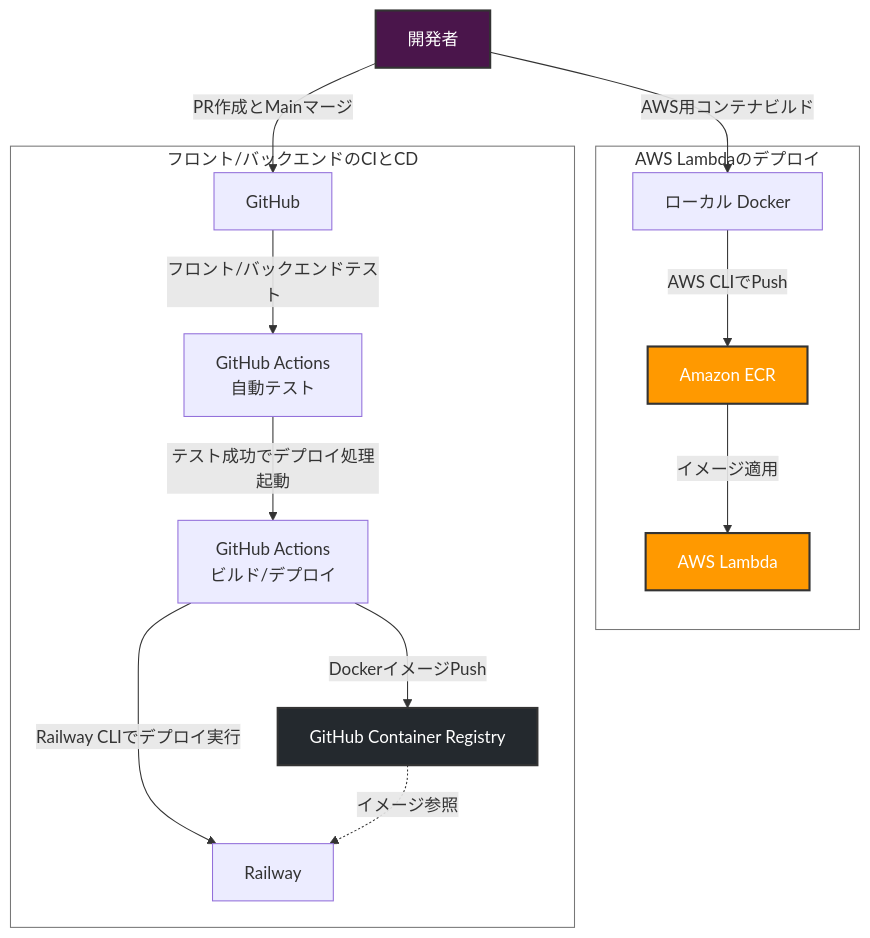
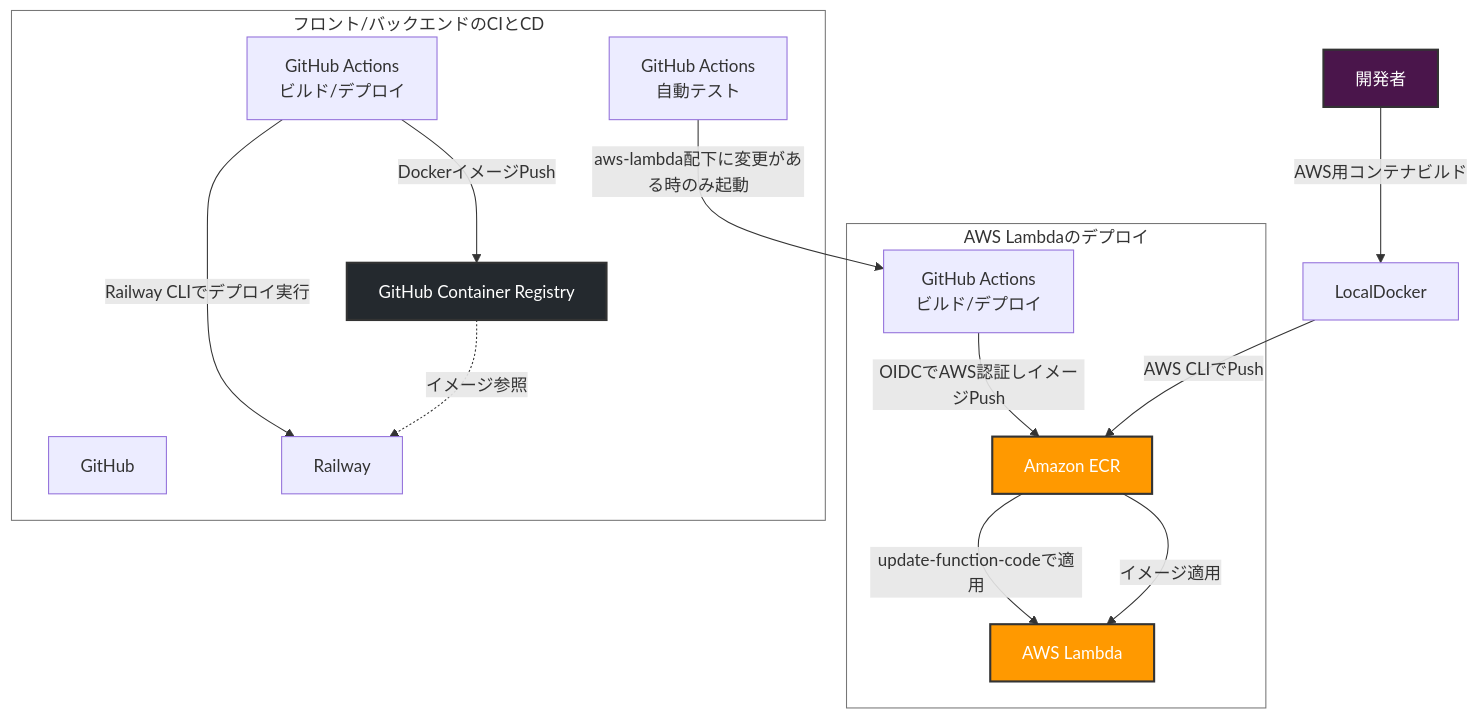
One commit to masa2401/FullStack-CreateSkillSheet changed the first of 2 diagrams in README.md. Above: the diagram before and after it, drawn with Mermaid. The commit also changed other lines of this file and 2 other files, not shown here.

Commit message:
deploy方式変更 (#47)

````diff
--- a/README.md
+++ b/README.md
@@ -59,38 +59,38 @@
 ```mermaid
 %%{init: {"themeVariables": {"clusterBkg": "transparent", "clusterBorder": "#777"}}}%%
 graph TD
     Developer[開発者]
 
     subgraph LambdaDeploy [AWS Lambdaのデプロイ]
-        LocalDocker[ローカル Docker]
+        GHALambda[GitHub Actions<br>ビルド/デプロイ]
         ECR[Amazon ECR]
         Lambda[AWS Lambda]
     end
 
     subgraph AppDeploy [フロント/バックエンドのCIとCD]
         GitHub[GitHub]
         GHATest[GitHub Actions<br>自動テスト]
         GHADeploy[GitHub Actions<br>ビルド/デプロイ]
         GHCR[GitHub Container Registry]
         Railway[Railway]
     end
 
     %% アプリ本体のデプロイフロー
-    Developer -->|PR作成とMainマージ| GitHub
-    GitHub -->|フロント/バックエンドテスト| GHATest
-    GHATest -->|テスト成功でデプロイ処理起動| GHADeploy
+    GHATest -->|aws-lambda配下に変更がある時のみ起動| GHALambda
+    GHALambda -->|OIDCでAWS認証しイメージPush| ECR
+    ECR -->|update-function-codeで適用| Lambda
     GHADeploy -->|DockerイメージPush| GHCR
     GHADeploy -->|Railway CLIでデプロイ実行| Railway
     GHCR -.->|イメージ参照| Railway
 
     %% AWS Lambdaのデプロイフロー
     Developer -->|AWS用コンテナビルド| LocalDocker
     LocalDocker -->|AWS CLIでPush| ECR
     ECR -->|イメージ適用| Lambda
 
     %% スタイルの設定
     style Developer fill:#4A154B,stroke:#333,stroke-width:2px,color:#fff
     style Lambda fill:#FF9900,stroke:#333,stroke-width:2px,color:#fff
     style ECR fill:#FF9900,stroke:#333,stroke-width:2px,color:#fff
     style GHCR fill:#24292e,stroke:#333,stroke-width:2px,color:#fff
 ```
````
